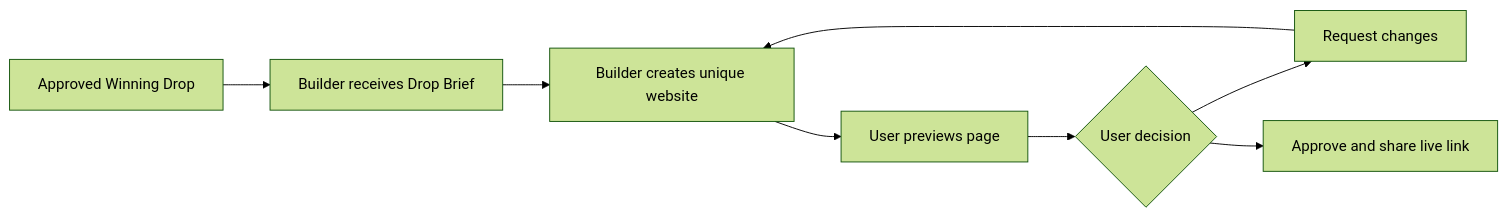
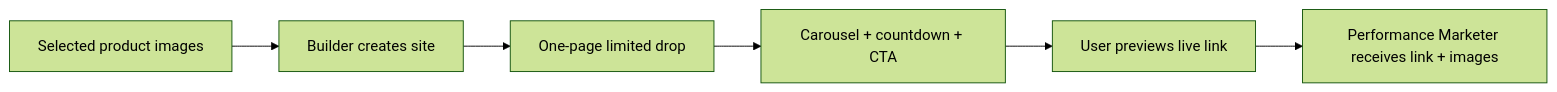
One commit to neilsanghrajka/drip changed the fifth of 6 diagrams in docs/PRD.md. Above: the diagram before and after it, drawn with Mermaid (forest theme). The commit also changed other lines of this file and 26 other files, not shown here.

````diff
--- a/docs/PRD.md
+++ b/docs/PRD.md
@@ -332,14 +265,11 @@
 ```mermaid
 flowchart LR
-  A["Approved Winning Drop"]
-  B["Builder receives Drop Brief"]
-  C["Builder creates unique website"]
-  D["User previews page"]
-  E{"User decision"}
-  F["Request changes"]
-  G["Approve and share live link"]
+  A["Selected product images"]
+  B["Builder creates site"]
+  C["One-page limited drop"]
+  D["Carousel + countdown + CTA"]
+  E["User previews live link"]
+  F["Performance Marketer receives link + images"]
 
-  A --> B --> C --> D --> E
-  E --> F --> C
-  E --> G
+  A --> B --> C --> D --> E --> F
 ```
````
